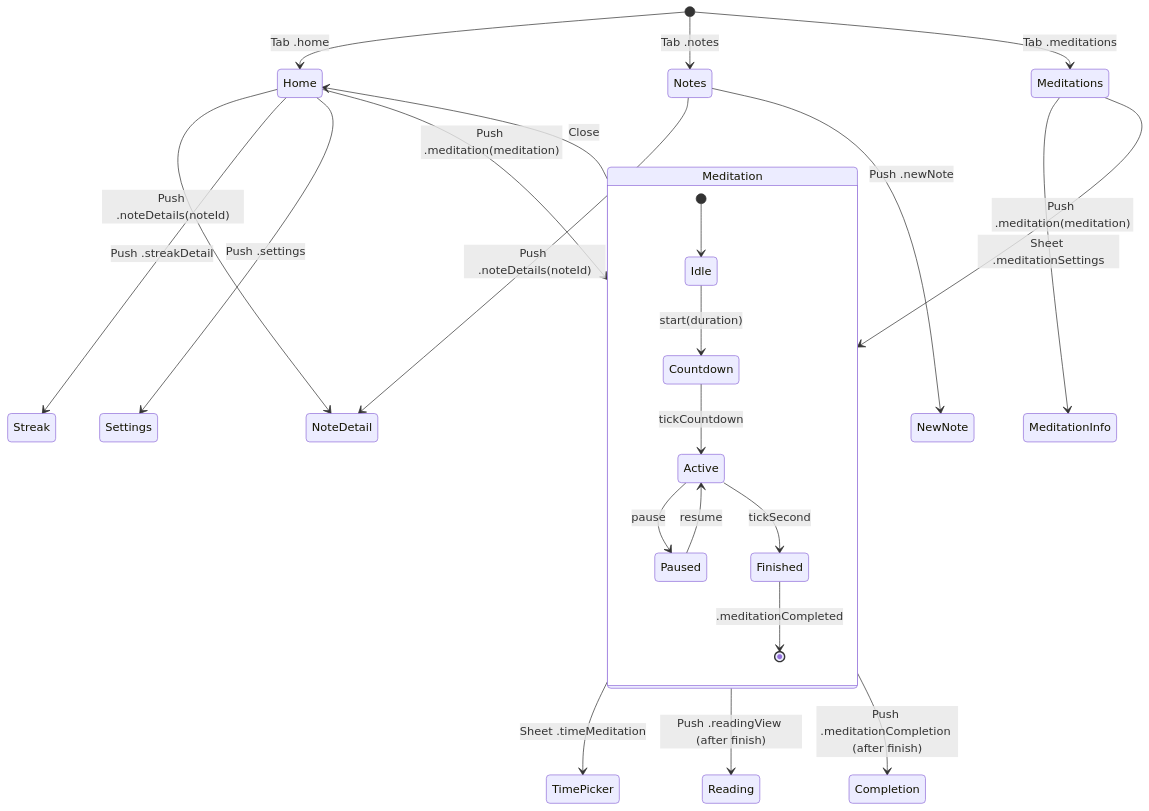
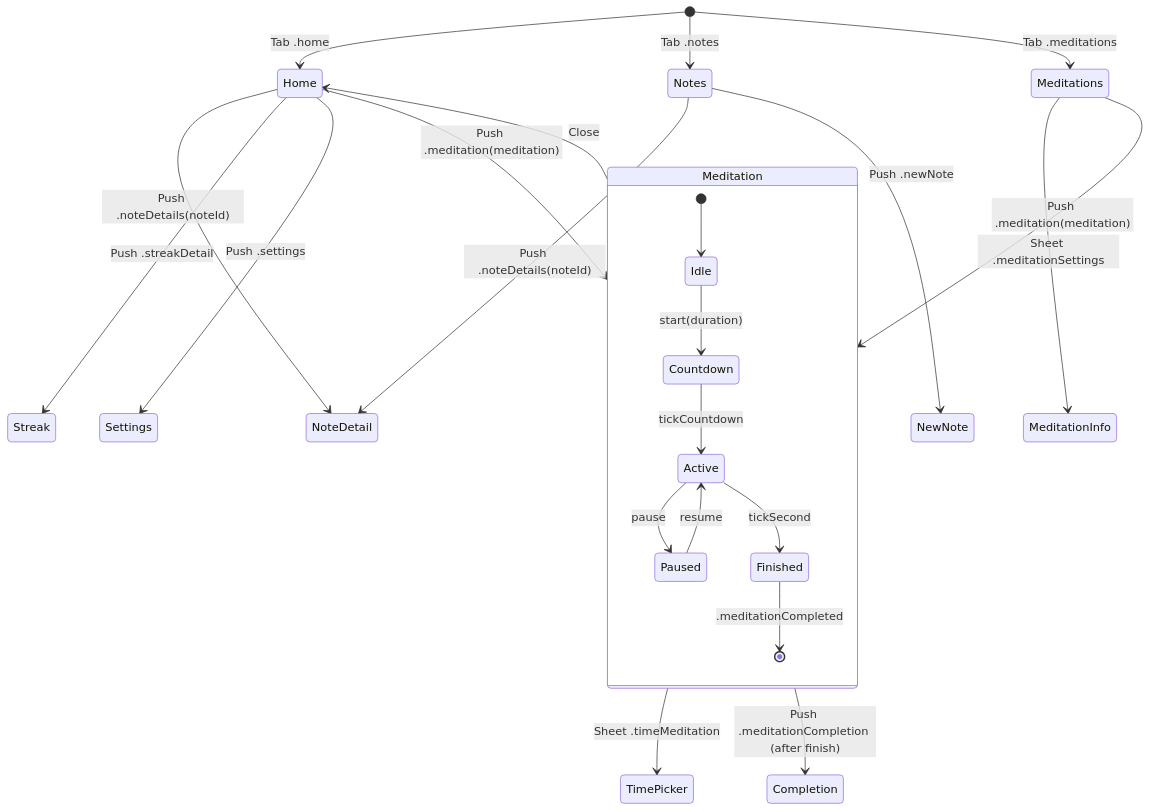
One commit to kwazzar/MeditateAndNote changed the eighth of 8 diagrams in ARCHITECTURE.md. Above: the diagram before and after it, drawn with Mermaid. The commit also changed other lines of this file and 5 other files, not shown here.

Commit message:
docs: sync markdown files with reading-view and hosted AI state

````diff
--- a/ARCHITECTURE.md
+++ b/ARCHITECTURE.md
@@ -529,32 +606,31 @@
 ```mermaid
 stateDiagram-v2
     [*] --> Home: Tab .home
     [*] --> Notes: Tab .notes
     [*] --> Meditations: Tab .meditations
 
     Home --> Meditation: Push .meditation(meditation)
     Home --> NoteDetail: Push .noteDetails(noteId)
     Home --> Streak: Push .streakDetail
     Home --> Settings: Push .settings
 
     Notes --> NoteDetail: Push .noteDetails(noteId)
     Notes --> NewNote: Push .newNote
 
     Meditations --> MeditationInfo: Sheet .meditationSettings
     Meditations --> Meditation: Push .meditation(meditation)
 
     Meditation --> TimePicker: Sheet .timeMeditation
-    Meditation --> Reading: Push .readingView (after finish)
     Meditation --> Completion: Push .meditationCompletion (after finish)
     Meditation --> Home: Close
 
     state Meditation {
         [*] --> Idle
         Idle --> Countdown: start(duration)
         Countdown --> Active: tickCountdown
         Active --> Paused: pause
         Paused --> Active: resume
         Active --> Finished: tickSecond
         Finished --> [*]: .meditationCompleted
     }
 ```
````
